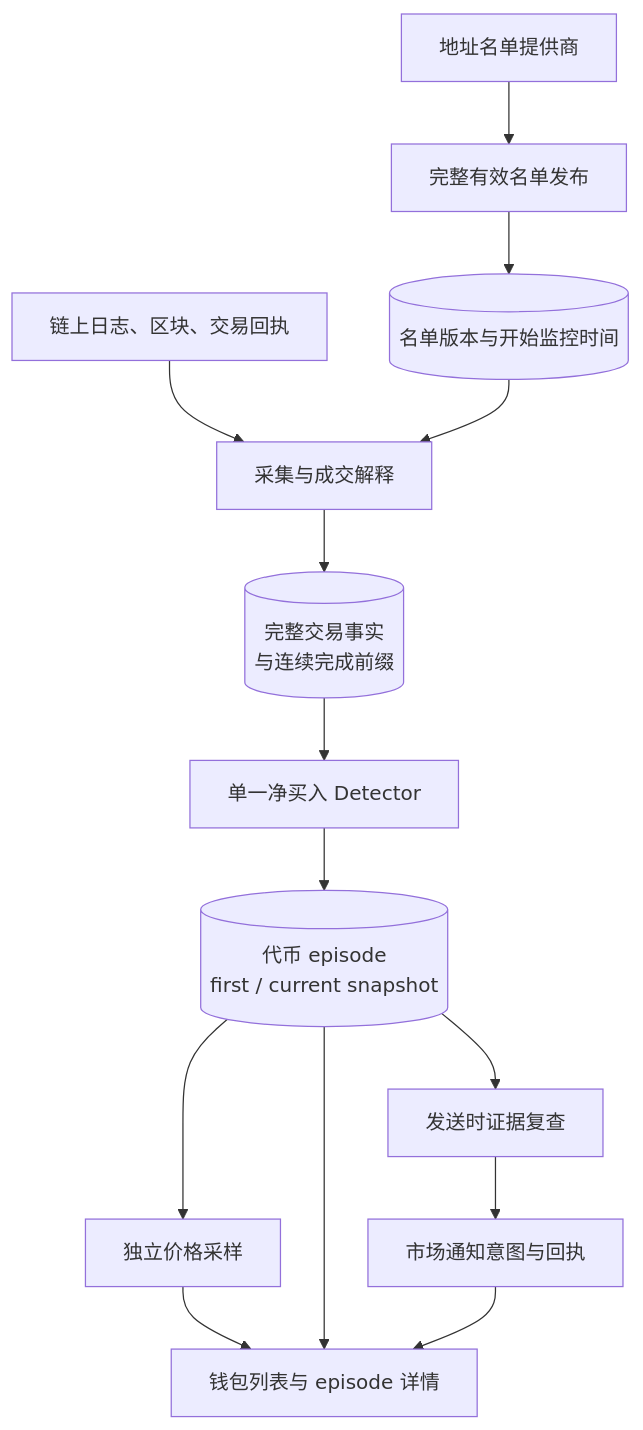
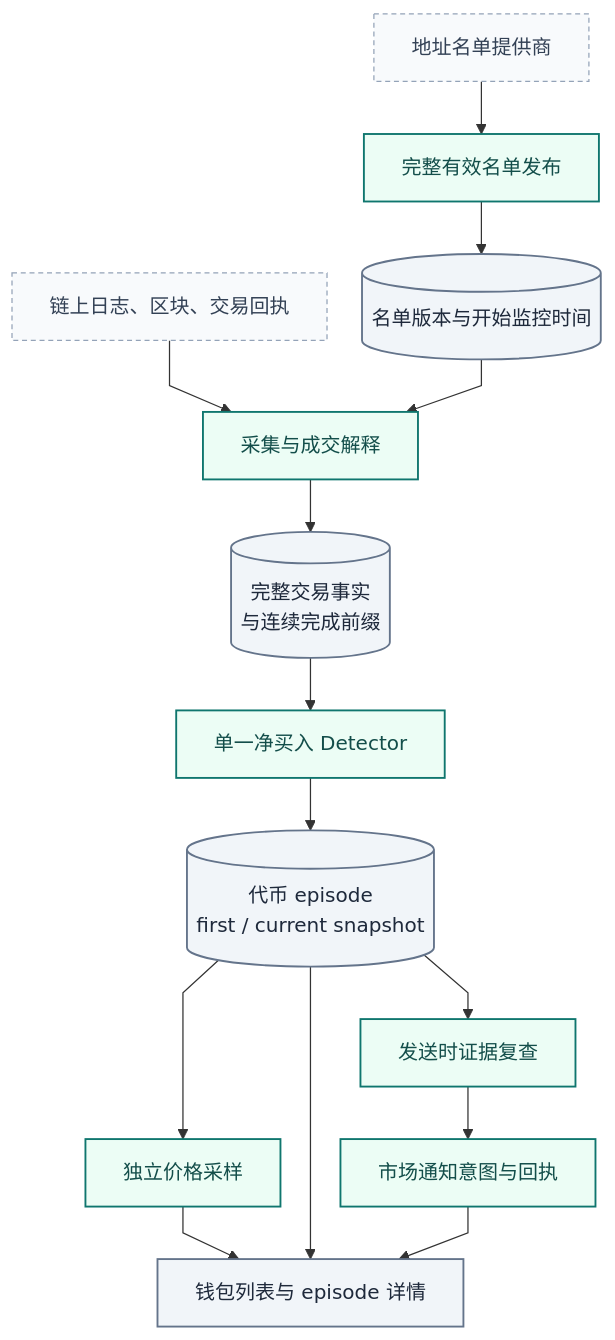
The first of 2 diagrams in docs/modules/wallets.md (AnalyThothAI/tracefold), drawn with Mermaid before and after one commit. The commit also changed other lines of this file and 19 other files, not shown here.

Commit message:
docs: unify Chinese handbook design and architecture diagrams

````diff
--- a/docs/modules/wallets.md
+++ b/docs/modules/wallets.md
@@ -18,16 +47,35 @@
 ```mermaid
+---
+config:
+  fontFamily: "system-ui, Noto Sans CJK SC, Microsoft YaHei, WenQuanYi Zen Hei, sans-serif"
+  flowchart:
+    curve: linear
+    nodeSpacing: 28
+    rankSpacing: 42
+---
 flowchart TB
+    accTitle: 钱包证据到净买入警报
+    accDescr: 名单发布独立于回执采集；完整事实进入 detector 和 episode，再做发送时复查。价格采样是独立后续，不决定首报资格。
     RosterProvider["地址名单提供商"] --> Roster["完整有效名单发布"]
     Roster --> RosterDB[("名单版本与开始监控时间")]
     RPC["链上日志、区块、交易回执"] --> Tape["采集与成交解释"]
     RosterDB --> Tape
     Tape --> Prefix[("完整交易事实<br/>与连续完成前缀")]
     Prefix --> Detector["单一净买入 Detector"]
     Detector --> Episode[("代币 episode<br/>first / current snapshot")]
     Episode --> Check["发送时证据复查"]
     Check --> Notify["市场通知意图与回执"]
     Episode --> Prices["独立价格采样"]
     Prices --> UI["钱包列表与 episode 详情"]
     Episode --> UI
     Notify --> UI
+
+    classDef news fill:#ecfdf5,stroke:#0f766e,color:#134e4a,stroke-width:1.5px
+    classDef research fill:#eef2ff,stroke:#6366f1,color:#312e81,stroke-width:1.5px
+    classDef execution fill:#fff7ed,stroke:#c2410c,color:#7c2d12,stroke-width:1.5px
+    classDef store fill:#f1f5f9,stroke:#64748b,color:#1e293b,stroke-width:1.5px
+    classDef external fill:#f8fafc,stroke:#94a3b8,color:#334155,stroke-dasharray:4 3
+class RosterProvider,RPC external;
+class Roster,Tape,Detector,Check,Notify,Prices news;
+class RosterDB,Prefix,Episode,UI store;
 ```
````
